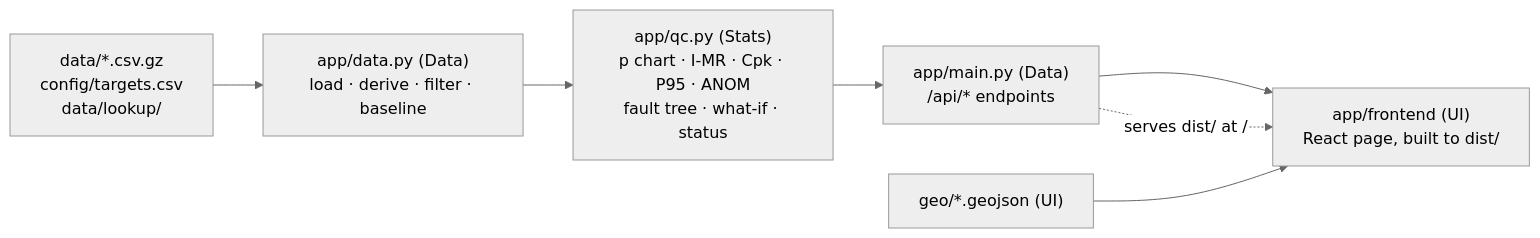
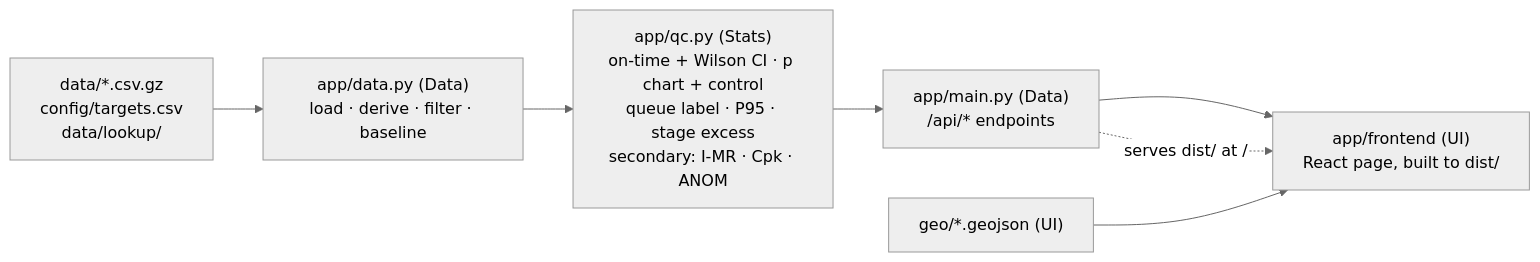
The diagram in docs/roles.md (allyannap/sixsigma), drawn with Mermaid (neutral theme) before and after one commit. The commit also changed other lines of this file and 49 other files, not shown here.

````diff
--- a/docs/roles.md
+++ b/docs/roles.md
@@ -15,9 +15,9 @@
 ```mermaid
 flowchart LR
   d["data/*.csv.gz<br>config/targets.csv<br>data/lookup/"] --> dl["app/data.py (Data)<br>load · derive · filter · baseline"]
-  dl --> qc["app/qc.py (Stats)<br>p chart · I-MR · Cpk · P95 · ANOM<br>fault tree · what-if · status"]
+  dl --> qc["app/qc.py (Stats)<br>on-time + Wilson CI · p chart + control<br>queue label · P95 · stage excess<br>secondary: I-MR · Cpk · ANOM"]
   qc --> api["app/main.py (Data)<br>/api/* endpoints"]
   api --> ui["app/frontend (UI)<br>React page, built to dist/"]
   geo["geo/*.geojson (UI)"] --> ui
   api -. serves dist/ at / .-> ui
 ```
````
